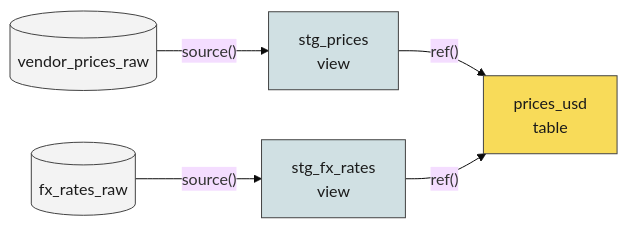
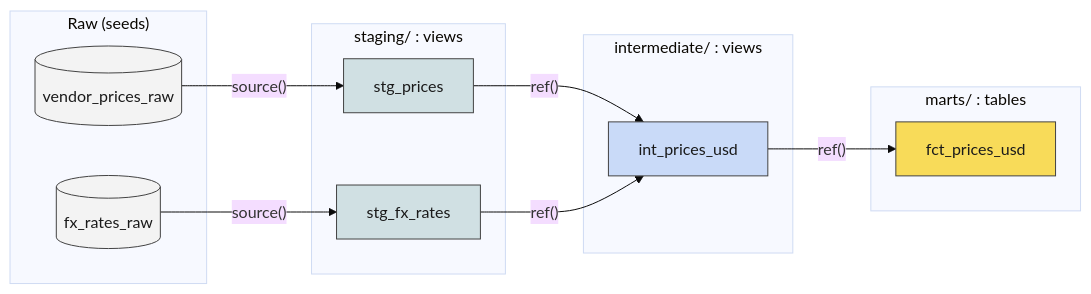
One commit to reachusama-decoded/cg-dxp changed the diagram in courseware/common/diagrams/src/d3-first-dag.mmd. Above: the diagram before and after it, drawn with Mermaid (base theme). The commit also changed 55 other files, not shown here.

```diff
--- a/courseware/common/diagrams/src/d3-first-dag.mmd
+++ b/courseware/common/diagrams/src/d3-first-dag.mmd
@@ -1,15 +1,31 @@
 flowchart LR
-  R1[("vendor_prices_raw")] -->|"source()"| S1["stg_prices<br/>view"]
-  R2[("fx_rates_raw")] -->|"source()"| S2["stg_fx_rates<br/>view"]
-  S1 -->|"ref()"| M["prices_usd<br/>table"]
-  S2 -->|"ref()"| M
+  subgraph raw ["Raw (seeds)"]
+    R1[("vendor_prices_raw")]
+    R2[("fx_rates_raw")]
+  end
+  subgraph stg ["staging/ : views"]
+    S1["stg_prices"]
+    S2["stg_fx_rates"]
+  end
+  subgraph int ["intermediate/ : views"]
+    I["int_prices_usd"]
+  end
+  subgraph mart ["marts/ : tables"]
+    M["fct_prices_usd"]
+  end
+  R1 -->|"source()"| S1
+  R2 -->|"source()"| S2
+  S1 -->|"ref()"| I
+  S2 -->|"ref()"| I
+  I -->|"ref()"| M
   class R1,R2 grey
   class S1,S2 aqua
+  class I blue
   class M focus
 classDef blue fill:#C9DAF8,stroke:#434343,color:#1a1a1a
 classDef yellow fill:#FFF2CC,stroke:#434343,color:#1a1a1a
 classDef focus fill:#F8DB59,stroke:#434343,color:#1a1a1a
 classDef green fill:#D9EAD3,stroke:#434343,color:#1a1a1a
 classDef aqua fill:#D0E0E3,stroke:#434343,color:#1a1a1a
 classDef grey fill:#F3F3F3,stroke:#434343,color:#1a1a1a
 classDef red fill:#F4CCCC,stroke:#434343,color:#1a1a1a
```
